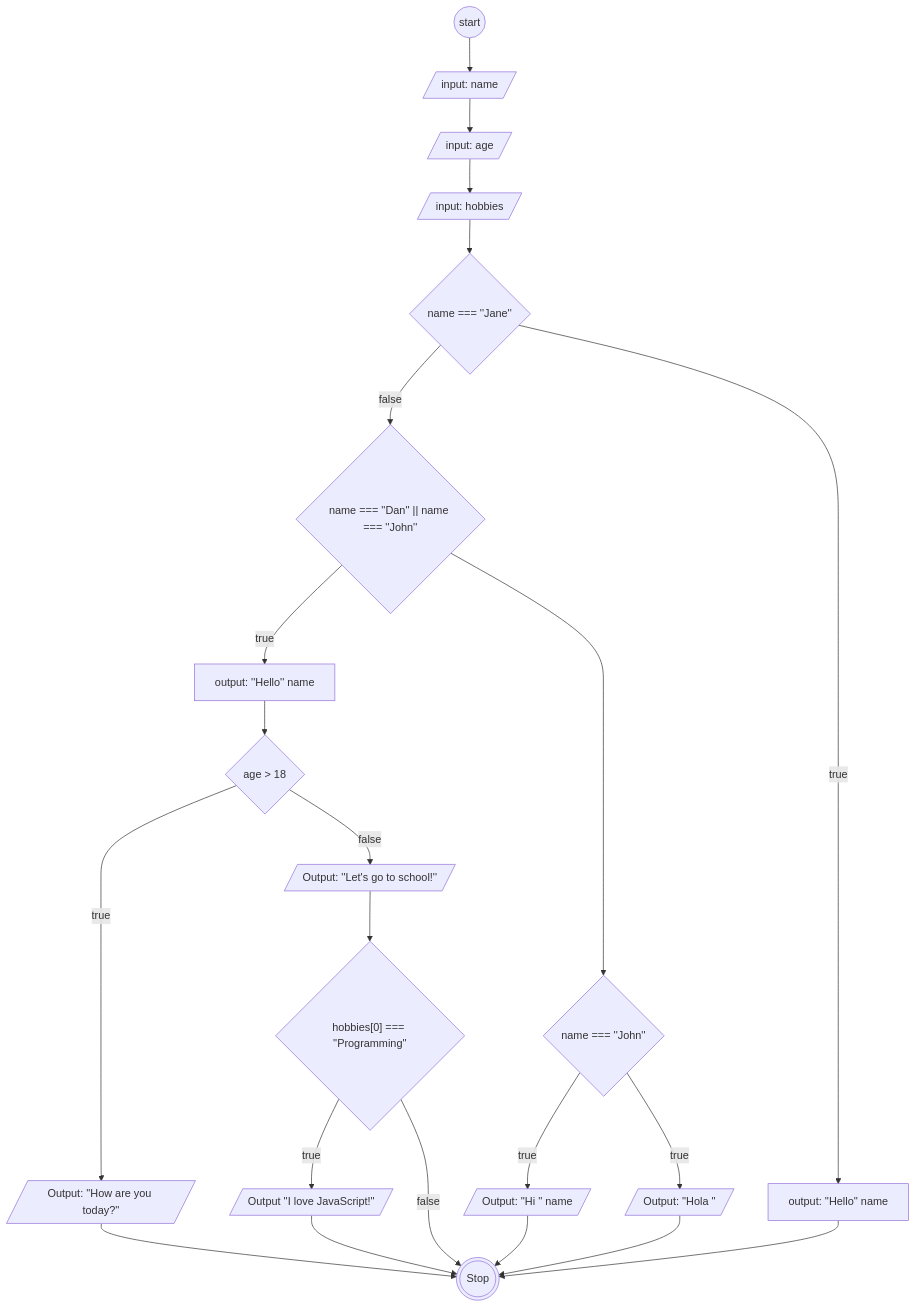
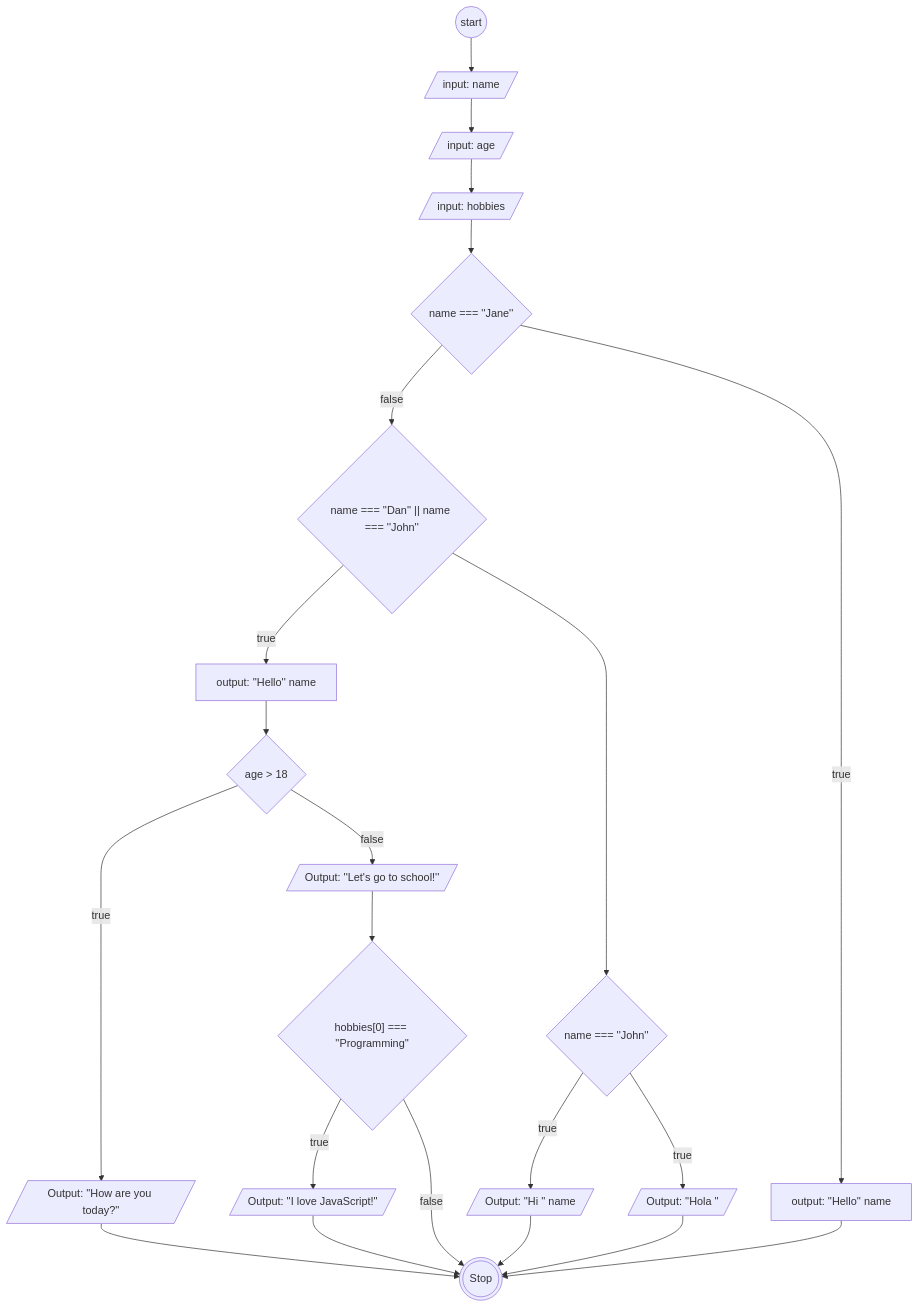
One commit to AbiPasundan/koda-b6-javascript1 changed the diagram in task3.md. Above: the diagram before and after it, drawn with Mermaid.

````diff
--- a/task3.md
+++ b/task3.md
@@ -25,46 +25,46 @@
 ```mermaid
 flowchart TB
  Start@{ shape: circ, label: "start"}
  name@{ shape: lean-r, label: "input: name"}
  age@{ shape: lean-r, label: "input: age"}
  hobi@{ shape: lean-r, label: "input: hobbies"}
 
  validateNameJane@{ shape: diamond, label: "name === ''Jane''"}
 
 
 
  validateNameDanOrJohn@{ shape: diamond, label: "name === ''Dan'' || name === ''John''"}
 
 
  validateNameDanOrJohnFalse@{ shape: diamond, label: "name === ''John''"}
  validateNameDanOrJohnFalseTrue@{ shape: lean-r, label: "Output: ''Hi '' name"}
  validateNameDanOrJohnFalseFalse@{ shape: lean-r, label: "Output: ''Hola ''"}
 
  validateAgeDanOrJohn@{ shape: diamond, label: "age > 18"}
  validateAgeDanOrJohnTrue@{ shape: lean-r, label: "Output: ''How are you today?''"}
  validateAgeDanOrJohnFalse@{ shape: lean-r, label: "Output: ''Let's go to school!''"}
 
  validateAgeDanOrJohnHobbies@{ shape: diamond, label: "hobbies[0] === ''Programming''"}
- validateAgeDanOrJohnHobbiesTrue@{ shape: lean-r, label: " Output ''I love JavaScript!''"}
+ validateAgeDanOrJohnHobbiesTrue@{ shape: lean-r, label: " Output: ''I love JavaScript!''"}
 
  helloDanOrJohn@{ shape: rect, label: "output: ''Hello'' name"}
  hellojane@{ shape: rect, label: "output: ''Hello'' name"}
 
 
  Stop@{ shape: dbl-circ, label: "Stop"}
 
 
  Start-->name-->age-->hobi-->validateNameJane-->|false|validateNameDanOrJohn
 
 
  validateNameDanOrJohn-->|true|helloDanOrJohn-->validateAgeDanOrJohn-->|true|validateAgeDanOrJohnTrue-->Stop
 
  validateAgeDanOrJohn-->|false|validateAgeDanOrJohnFalse-->validateAgeDanOrJohnHobbies-->|true|validateAgeDanOrJohnHobbiesTrue-->Stop
  validateAgeDanOrJohnHobbies-->|false|Stop
 
 
  validateNameDanOrJohn-->validateNameDanOrJohnFalse-->|true|validateNameDanOrJohnFalseTrue-->Stop
  validateNameDanOrJohnFalse-->|true|validateNameDanOrJohnFalseFalse-->Stop
 
  validateNameJane-->|true|hellojane-->Stop
 ```
````
